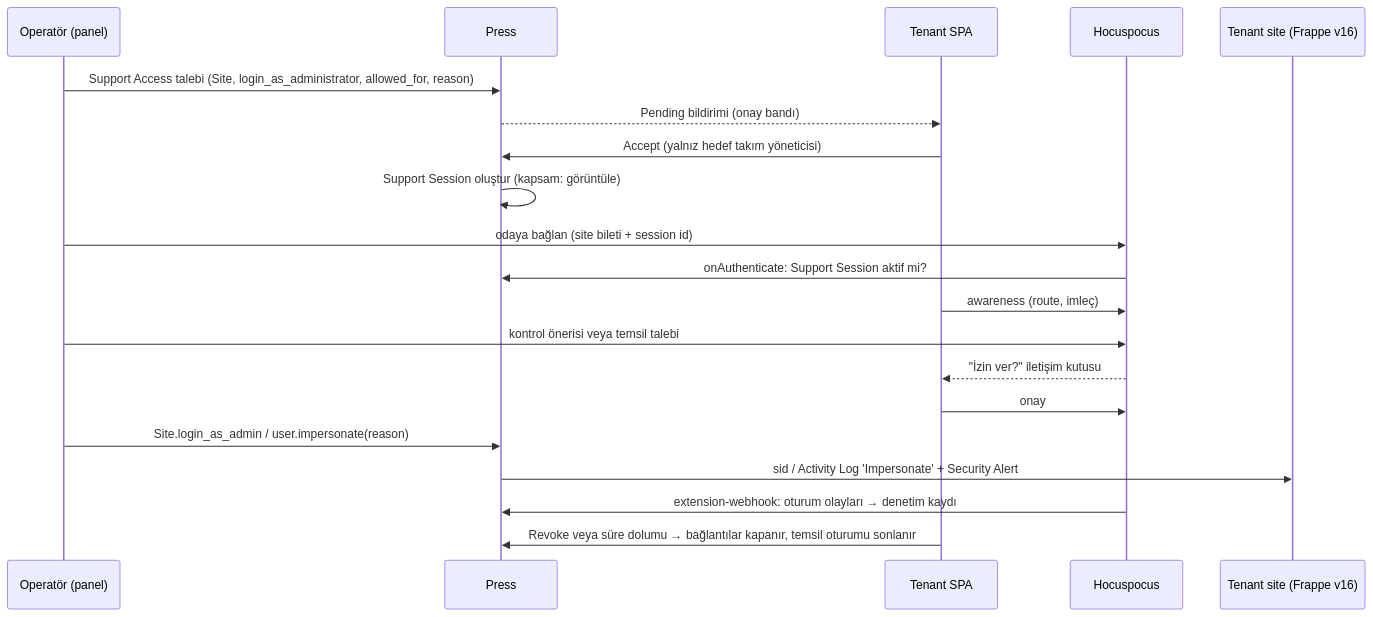
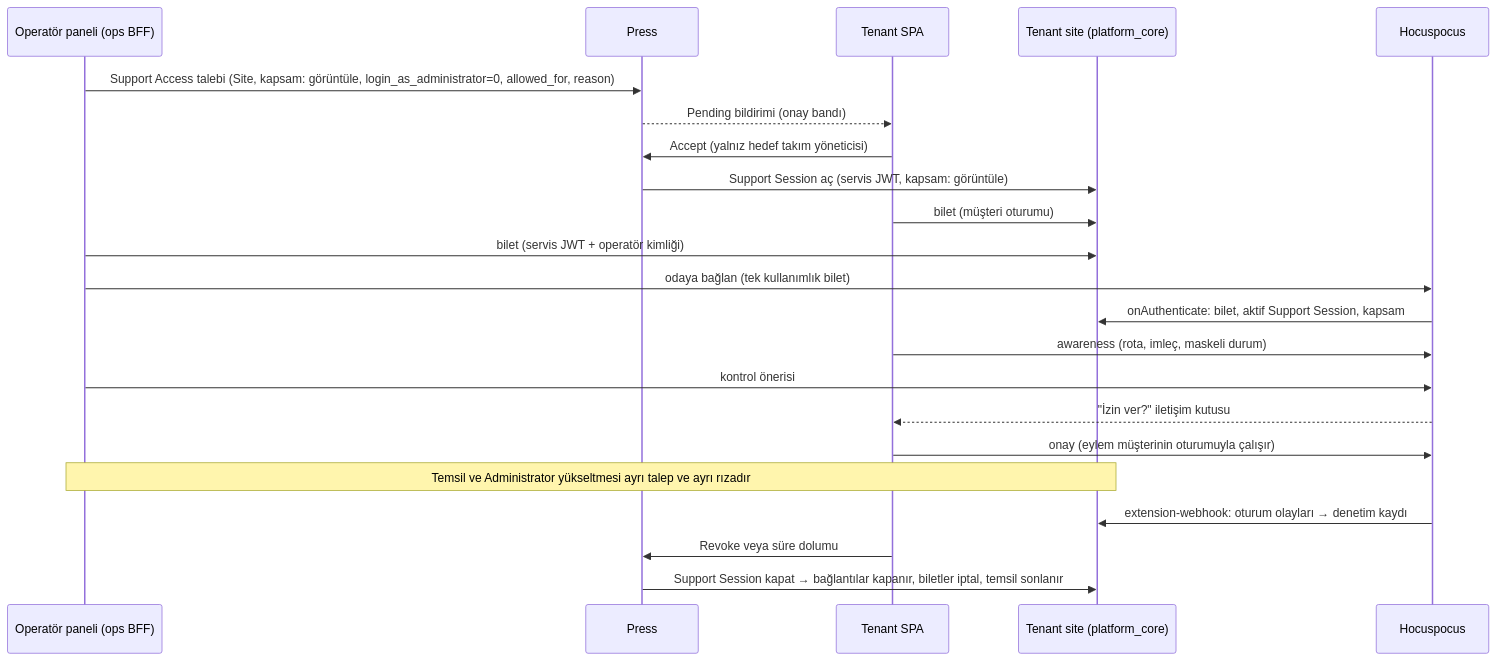
The diagram in src/content/docs/rail-6-operasyon.md (karacaismail/frappesetup), drawn with Mermaid before and after one commit. The commit also changed other lines of this file and 29 other files, not shown here.

````diff
--- a/src/content/docs/rail-6-operasyon.md
+++ b/src/content/docs/rail-6-operasyon.md
@@ -88,22 +88,24 @@
 ```mermaid
 sequenceDiagram
-    participant Op as Operatör (panel)
+    participant Op as Operatör paneli (ops BFF)
     participant P as Press
     participant T as Tenant SPA
+    participant S as Tenant site (platform_core)
     participant H as Hocuspocus
-    participant S as Tenant site (Frappe v16)
-    Op->>P: Support Access talebi (Site, login_as_administrator, allowed_for, reason)
+    Op->>P: Support Access talebi (Site, kapsam: görüntüle, login_as_administrator=0, allowed_for, reason)
     P-->>T: Pending bildirimi (onay bandı)
     T->>P: Accept (yalnız hedef takım yöneticisi)
-    P->>P: Support Session oluştur (kapsam: görüntüle)
-    Op->>H: odaya bağlan (site bileti + session id)
-    H->>P: onAuthenticate: Support Session aktif mi?
-    T->>H: awareness (route, imleç)
-    Op->>H: kontrol önerisi veya temsil talebi
+    P->>S: Support Session aç (servis JWT, kapsam: görüntüle)
+    T->>S: bilet (müşteri oturumu)
+    Op->>S: bilet (servis JWT + operatör kimliği)
+    Op->>H: odaya bağlan (tek kullanımlık bilet)
+    H->>S: onAuthenticate: bilet, aktif Support Session, kapsam
+    T->>H: awareness (rota, imleç, maskeli durum)
+    Op->>H: kontrol önerisi
     H-->>T: "İzin ver?" iletişim kutusu
-    T->>H: onay
-    Op->>P: Site.login_as_admin / user.impersonate(reason)
-    P->>S: sid / Activity Log 'Impersonate' + Security Alert
-    H->>P: extension-webhook: oturum olayları → denetim kaydı
-    T->>P: Revoke veya süre dolumu → bağlantılar kapanır, temsil oturumu sonlanır
+    T->>H: onay (eylem müşterinin oturumuyla çalışır)
+    Note over Op,S: Temsil ve Administrator yükseltmesi ayrı talep ve ayrı rızadır
+    H->>S: extension-webhook: oturum olayları → denetim kaydı
+    T->>P: Revoke veya süre dolumu
+    P->>S: Support Session kapat → bağlantılar kapanır, biletler iptal, temsil sonlanır
 ```
````
